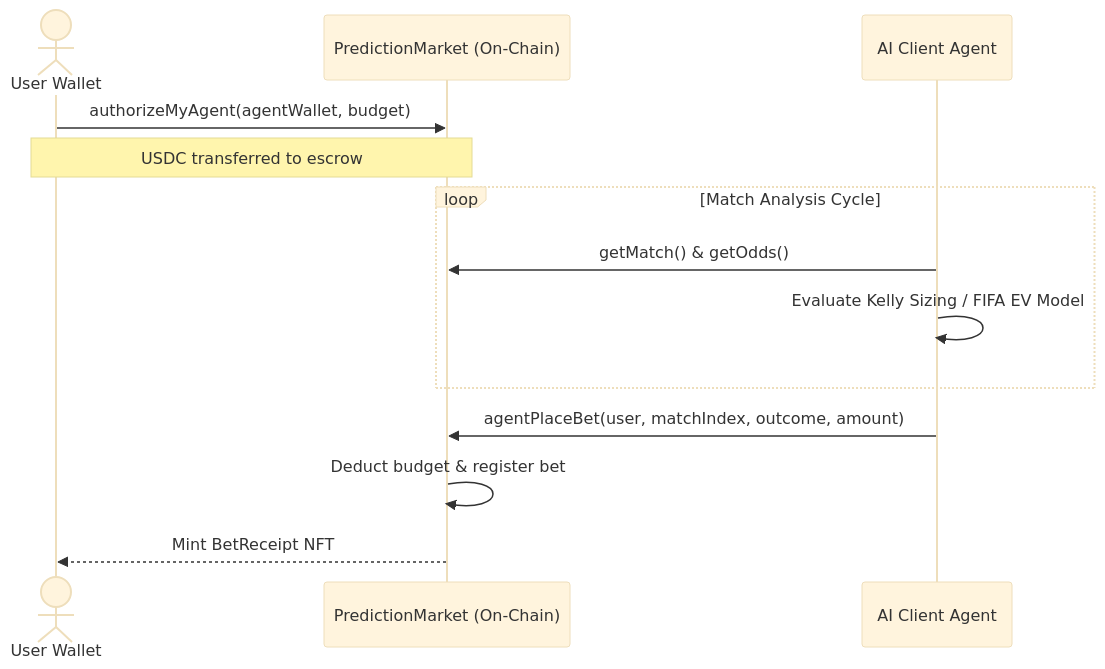
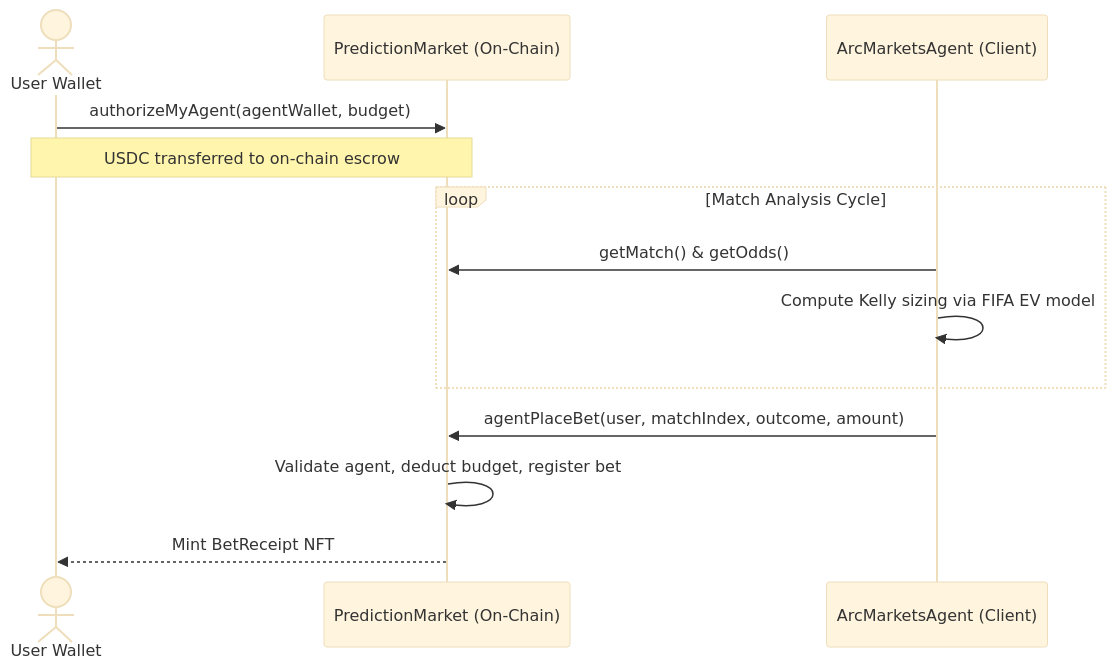
The second of 2 diagrams in README.md (ritesh59697/ArcMarkets), drawn with Mermaid (base theme) before and after one commit. The commit also changed other lines of this file and 1 other file, not shown here.

Commit message:
docs: integrate user-provided refinements to README and WHITEPAPER

````diff
--- a/README.md
+++ b/README.md
@@ -74,16 +178,16 @@
 ```mermaid
 sequenceDiagram
     actor User as User Wallet
     participant Contract as PredictionMarket (On-Chain)
-    participant Agent as AI Client Agent
-    
+    participant Agent as ArcMarketsAgent (Client)
+
     User->>Contract: authorizeMyAgent(agentWallet, budget)
-    Note over User,Contract: USDC transferred to escrow
+    Note over User,Contract: USDC transferred to on-chain escrow
     loop Match Analysis Cycle
         Agent->>Contract: getMatch() & getOdds()
-        Agent->>Agent: Evaluate Kelly Sizing / FIFA EV Model
+        Agent->>Agent: Compute Kelly sizing via FIFA EV model
     end
     Agent->>Contract: agentPlaceBet(user, matchIndex, outcome, amount)
-    Contract->>Contract: Deduct budget & register bet
+    Contract->>Contract: Validate agent, deduct budget, register bet
     Contract-->>User: Mint BetReceipt NFT
 ```
````
